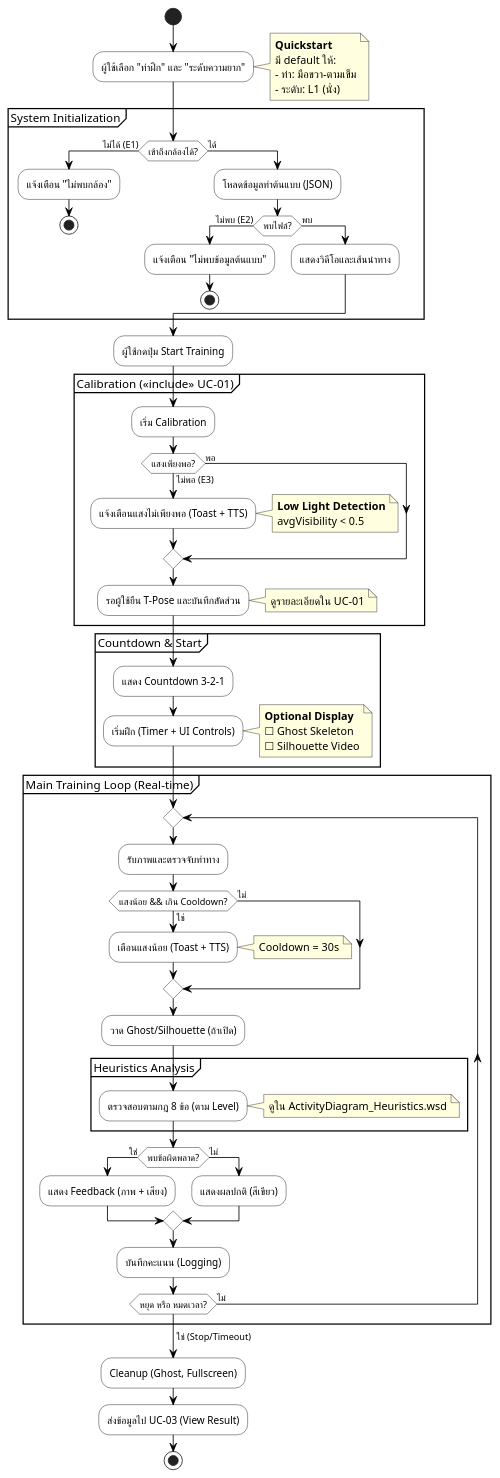
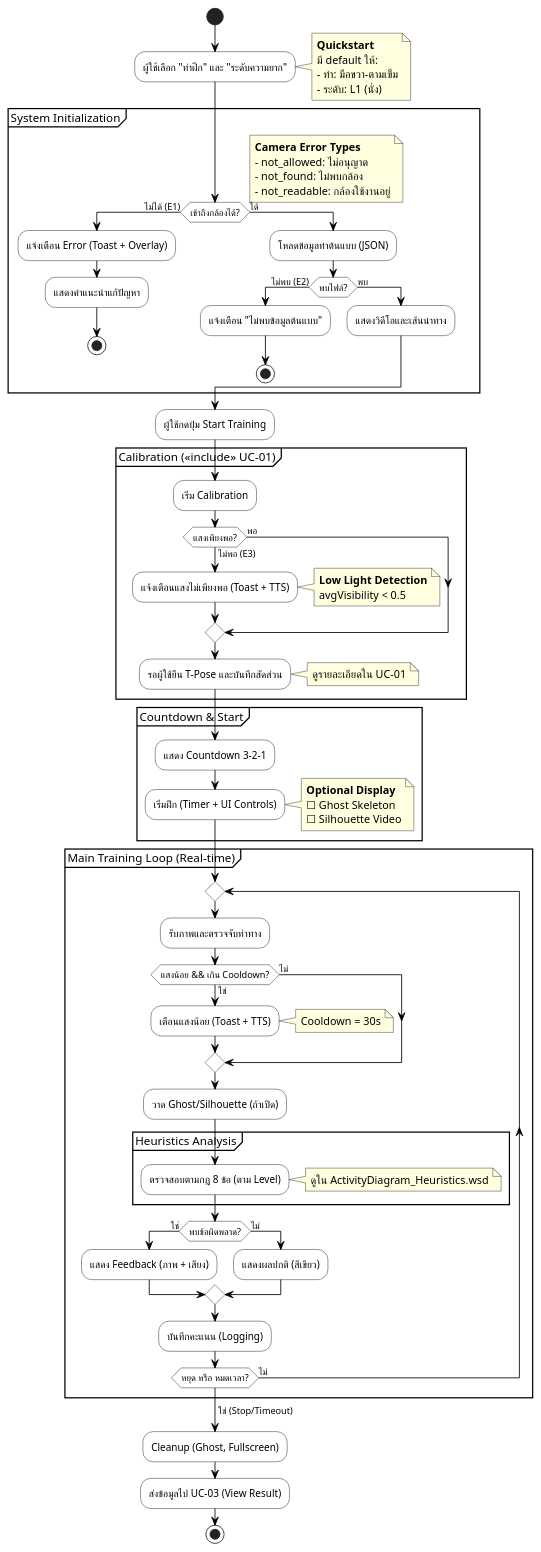
The diagram in docs/diagrams/ActivityDiagram_UC02.wsd (vyut/TaijiFlow), drawn with PlantUML before and after one commit. The commit also changed 8 other files, not shown here.

```diff
--- a/docs/diagrams/ActivityDiagram_UC02.wsd
+++ b/docs/diagrams/ActivityDiagram_UC02.wsd
@@ -1,105 +1,112 @@
 @startuml TaijiFlow_Activity_Diagram_UC02
 ' ============================================================================
 ' TaijiFlow AI - Activity Diagram: UC-02 Perform Training (v2.1 Simplified)
 ' ============================================================================
 ' อัปเดต: เพิ่ม Low Light Check, Ghost/Silhouette, รวม activities ให้กระชับ
 ' อ้างอิง: script.js (lines 124-128, 1442, 1690-1720)
 ' ============================================================================
 
 skinparam defaultFontName "sarabun"
 skinparam activity {
     BackgroundColor White
     BorderColor Black
     ArrowColor Black
 }
 skinparam note {
     BackgroundColor LightYellow
 }
 
 start
 
 :ผู้ใช้เลือก "ท่าฝึก" และ "ระดับความยาก";
 note right
     **Quickstart**
     มี default ให้:
     - ท่า: มือขวา-ตามเข็ม
     - ระดับ: L1 (นั่ง)
 end note
 
 partition "System Initialization" {
     if (เข้าถึงกล้องได้?) then (ไม่ได้ (E1))
-        :แจ้งเตือน "ไม่พบกล้อง";
+        note right
+            **Camera Error Types**
+            - not_allowed: ไม่อนุญาต
+            - not_found: ไม่พบกล้อง
+            - not_readable: กล้องใช้งานอยู่
+        end note
+        :แจ้งเตือน Error (Toast + Overlay);
+        :แสดงคำแนะนำแก้ปัญหา;
         stop
     else (ได้)
         :โหลดข้อมูลท่าต้นแบบ (JSON);
         if (พบไฟล์?) then (ไม่พบ (E2))
             :แจ้งเตือน "ไม่พบข้อมูลต้นแบบ";
             stop
         else (พบ)
             :แสดงวิดีโอและเส้นนำทาง;
         endif
     endif
 }
 
 :ผู้ใช้กดปุ่ม Start Training;
 
 partition "Calibration (<<include>> UC-01)" {
     :เริ่ม Calibration;
     
     if (แสงเพียงพอ?) then (ไม่พอ (E3))
         :แจ้งเตือนแสงไม่เพียงพอ (Toast + TTS);
         note right
             **Low Light Detection**
             avgVisibility < 0.5
         end note
     else (พอ)
     endif
     
     :รอผู้ใช้ยืน T-Pose และบันทึกสัดส่วน;
     note right: ดูรายละเอียดใน UC-01
 }
 
 partition "Countdown & Start" {
     :แสดง Countdown 3-2-1;
     :เริ่มฝึก (Timer + UI Controls);
     note right
         **Optional Display**
         ☐ Ghost Skeleton
         ☐ Silhouette Video
     end note
 }
 
 partition "Main Training Loop (Real-time)" {
     repeat
         :รับภาพและตรวจจับท่าทาง;
         
         if (แสงน้อย && เกิน Cooldown?) then (ใช่)
             :เตือนแสงน้อย (Toast + TTS);
             note right: Cooldown = 30s
         else (ไม่)
         endif
         
         :วาด Ghost/Silhouette (ถ้าเปิด);
         
         partition "Heuristics Analysis" {
             :ตรวจสอบตามกฎ 8 ข้อ (ตาม Level);
             note right: ดูใน ActivityDiagram_Heuristics.wsd
         }
 
         if (พบข้อผิดพลาด?) then (ใช่)
             :แสดง Feedback (ภาพ + เสียง);
         else (ไม่)
             :แสดงผลปกติ (สีเขียว);
         endif
 
         :บันทึกคะแนน (Logging);
 
     repeat while (หยุด หรือ หมดเวลา?) is (ไม่)
     -> ใช่ (Stop/Timeout);
 }
 
 :Cleanup (Ghost, Fullscreen);
 :ส่งข้อมูลไป UC-03 (View Result);
 
 stop
 @enduml
```
